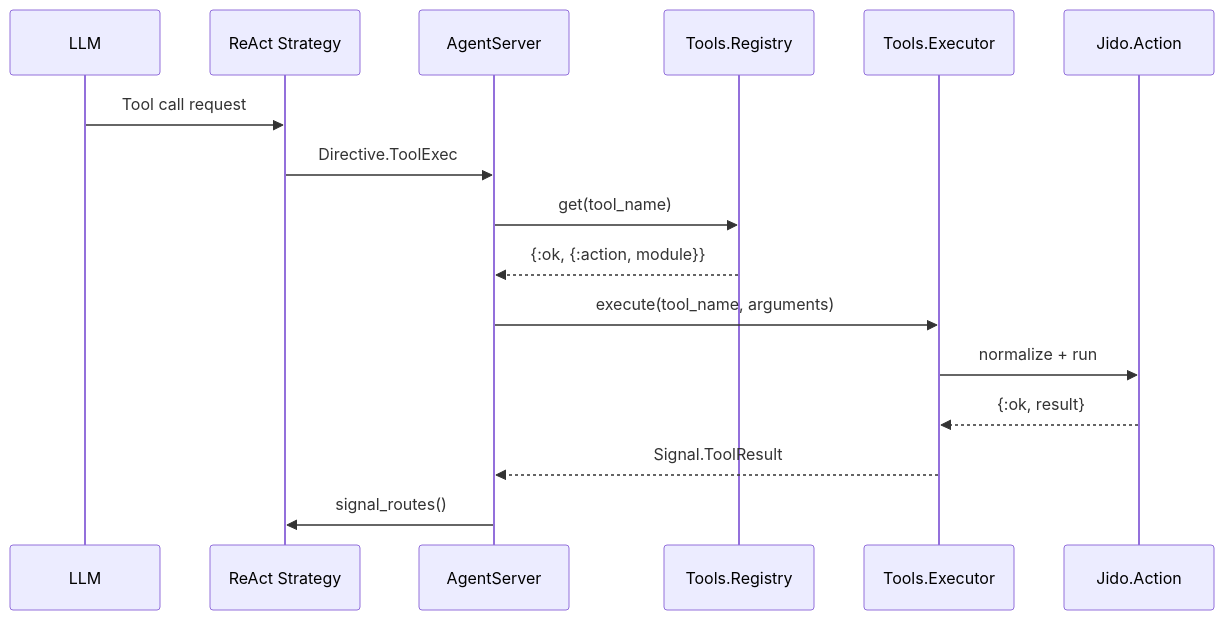
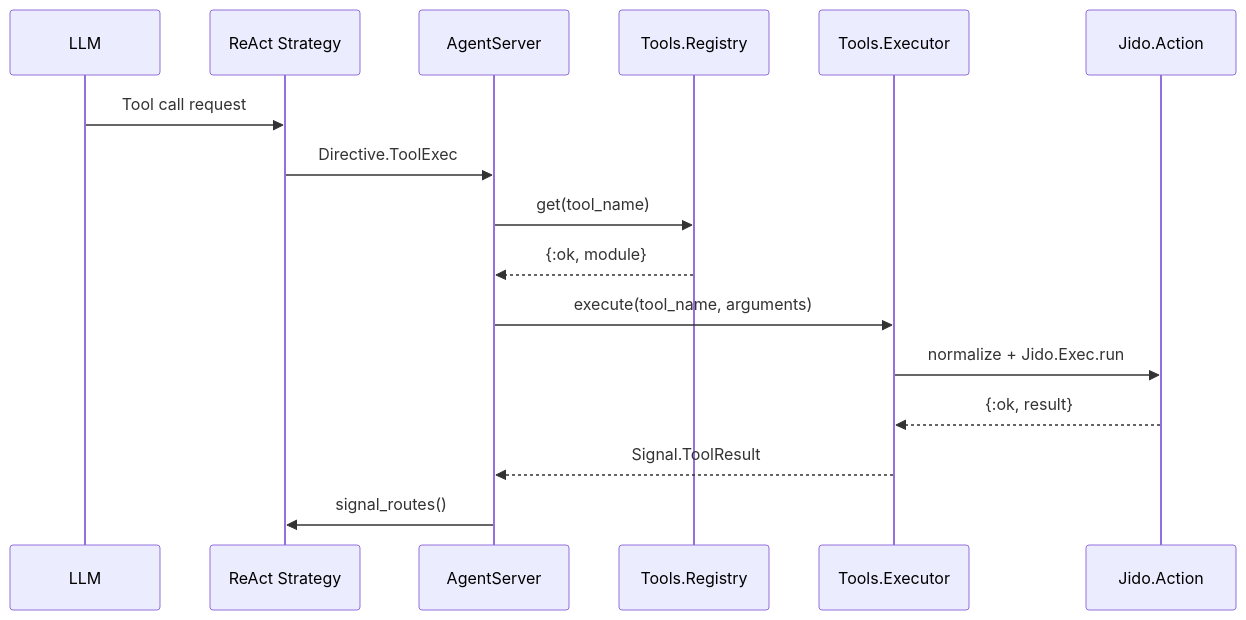
Before and after one commit to agentjido/jido_ai: the diagram in guides/developer/06_tool_system.md, drawn with Mermaid. The commit also changed other lines of this file and 25 other files, not shown here.

````diff
--- a/guides/developer/06_tool_system.md
+++ b/guides/developer/06_tool_system.md
@@ -26,19 +25,19 @@
 ```mermaid
 sequenceDiagram
     participant LLM as LLM
     participant Strategy as ReAct Strategy
     participant Runtime as AgentServer
     participant Registry as Tools.Registry
     participant Executor as Tools.Executor
     participant Action as Jido.Action
 
     LLM->>Strategy: Tool call request
     Strategy->>Runtime: Directive.ToolExec
     Runtime->>Registry: get(tool_name)
-    Registry-->>Runtime: {:ok, {:action, module}}
+    Registry-->>Runtime: {:ok, module}
     Runtime->>Executor: execute(tool_name, arguments)
-    Executor->>Action: normalize + run
+    Executor->>Action: normalize + Jido.Exec.run
     Action-->>Executor: {:ok, result}
     Executor-->>Runtime: Signal.ToolResult
     Runtime->>Strategy: signal_routes()
 ```
````
